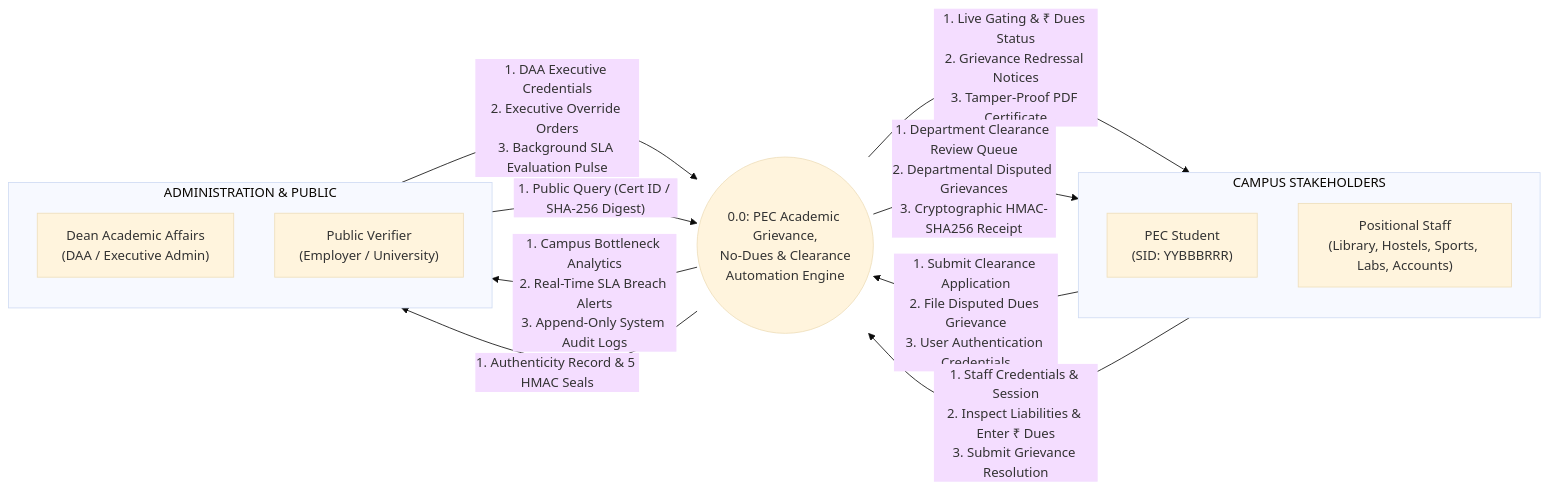
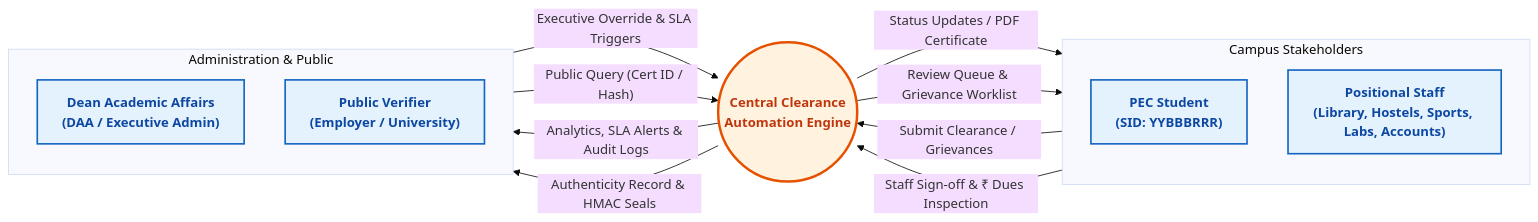
One commit to rags-git/clearance-automation-engine changed the first of 6 diagrams in docs/DFD.md. Above: the diagram before and after it, drawn with Mermaid (base theme). The commit also changed other lines of this file and 8 other files, not shown here.

Commit message:
refactor(dfd): remove 1.0/1.1 labels and data composition column, and enhance Level 1 diagram visibility

````diff
--- a/docs/DFD.md
+++ b/docs/DFD.md
@@ -48,32 +48,35 @@
 ```mermaid
 flowchart LR
-    subgraph Campus_Clients ["CAMPUS STAKEHOLDERS"]
+    classDef entity fill:#e3f2fd,stroke:#1565c0,stroke-width:2px,color:#0d47a1,font-weight:bold;
+    classDef engine fill:#fff3e0,stroke:#e65100,stroke-width:3px,color:#bf360c,font-weight:bold;
+
+    subgraph Campus_Clients ["Campus Stakeholders"]
         direction TB
-        Student["PEC Student<br/>(SID: YYBBBRRR)"]
-        Staff["Positional Staff<br/>(Library, Hostels, Sports, Labs, Accounts)"]
+        Student["PEC Student<br/>(SID: YYBBBRRR)"]:::entity
+        Staff["Positional Staff<br/>(Library, Hostels, Sports, Labs, Accounts)"]:::entity
     end
 
-    System(("0.0: PEC Academic Grievance,<br/>No-Dues & Clearance<br/>Automation Engine"))
+    System(("Central Clearance<br/>Automation Engine")):::engine
 
-    subgraph Campus_Authorities ["ADMINISTRATION & PUBLIC"]
+    subgraph Campus_Authorities ["Administration & Public"]
         direction TB
-        Admin["Dean Academic Affairs<br/>(DAA / Executive Admin)"]
-        Verifier["Public Verifier<br/>(Employer / University)"]
+        Admin["Dean Academic Affairs<br/>(DAA / Executive Admin)"]:::entity
+        Verifier["Public Verifier<br/>(Employer / University)"]:::entity
     end
 
     %% Student Interactions
-    Student -->|"1. Submit Clearance Application<br/>2. File Disputed Dues Grievance<br/>3. User Authentication Credentials"| System
-    System -->|"1. Live Gating & ₹ Dues Status<br/>2. Grievance Redressal Notices<br/>3. Tamper-Proof PDF Certificate"| Student
+    Student -->|"Submit Clearance / Grievances"| System
+    System -->|"Status Updates / PDF Certificate"| Student
 
     %% Staff Interactions
-    Staff -->|"1. Staff Credentials & Session<br/>2. Inspect Liabilities & Enter ₹ Dues<br/>3. Submit Grievance Resolution"| System
-    System -->|"1. Department Clearance Review Queue<br/>2. Departmental Disputed Grievances<br/>3. Cryptographic HMAC-SHA256 Receipt"| Staff
+    Staff -->|"Staff Sign-off & ₹ Dues Inspection"| System
+    System -->|"Review Queue & Grievance Worklist"| Staff
 
     %% Admin Interactions
-    Admin -->|"1. DAA Executive Credentials<br/>2. Executive Override Orders<br/>3. Background SLA Evaluation Pulse"| System
-    System -->|"1. Campus Bottleneck Analytics<br/>2. Real-Time SLA Breach Alerts<br/>3. Append-Only System Audit Logs"| Admin
+    Admin -->|"Executive Override & SLA Triggers"| System
+    System -->|"Analytics, SLA Alerts & Audit Logs"| Admin
 
     %% Verifier Interactions
-    Verifier -->|"1. Public Query (Cert ID / SHA-256 Digest)"| System
-    System -->|"1. Authenticity Record & 5 HMAC Seals"| Verifier
+    Verifier -->|"Public Query (Cert ID / Hash)"| System
+    System -->|"Authenticity Record & HMAC Seals"| Verifier
 ```
````
